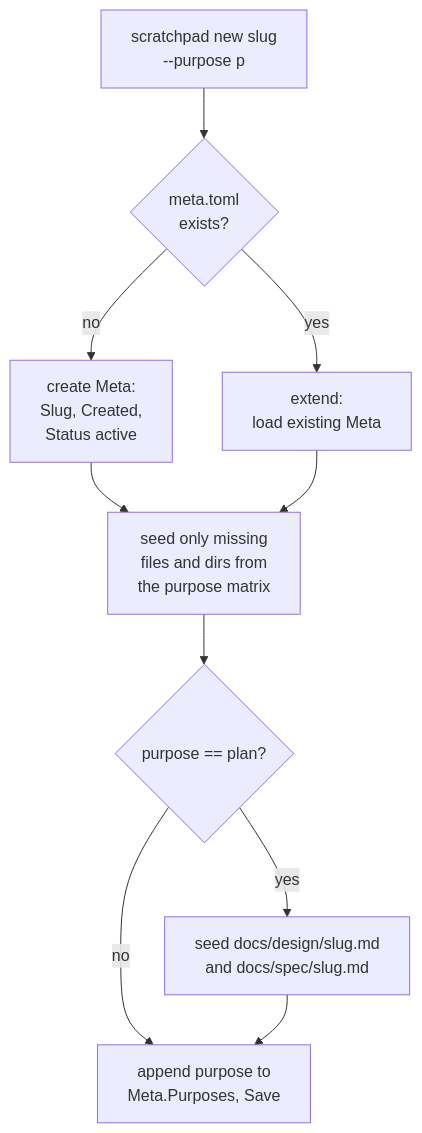
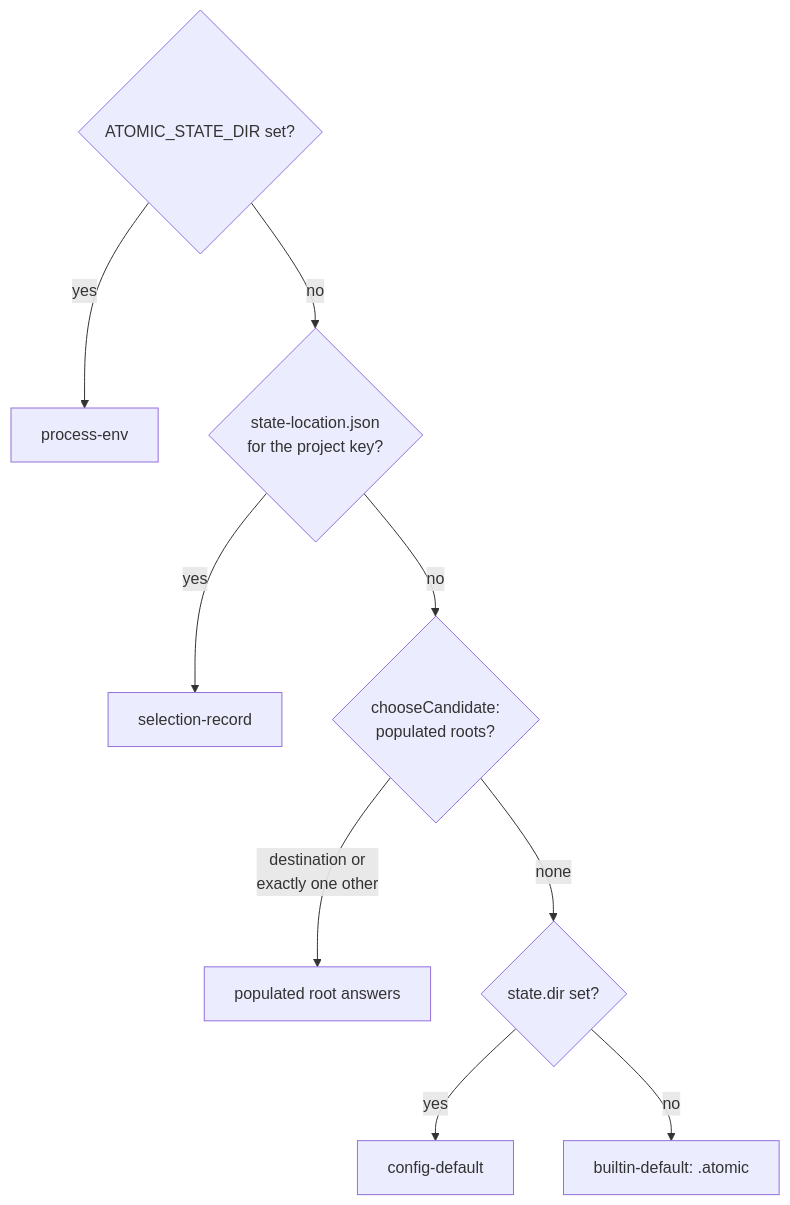
One commit to damusix/atomic-claude changed the first of 12 diagrams in docs/wiki/config.md. Above: the diagram before and after it, drawn with Mermaid. The commit also changed other lines of this file and 795 other files, not shown here.

````diff
--- a/docs/wiki/config.md
+++ b/docs/wiki/config.md
@@ -131,13 +34,12 @@
 ```mermaid
 flowchart TD
-    %% source: atomic/internal/scratchpad/bundle.go, atomic/cmd/atomic/cmd_scratchpad.go
-    N["scratchpad new slug<br/>--purpose p"] --> L{"meta.toml<br/>exists?"}
-    L -->|no| CR["create Meta:<br/>Slug, Created,<br/>Status active"]
-    L -->|"yes"| EX["extend:<br/>load existing Meta"]
-    CR --> SEED
-    EX --> SEED["seed only missing<br/>files and dirs from<br/>the purpose matrix"]
-    SEED --> PL{"purpose == plan?"}
-    PL -->|yes| DOC["seed docs/design/slug.md<br/>and docs/spec/slug.md"]
-    PL -->|no| APP
-    DOC --> APP["append purpose to<br/>Meta.Purposes, Save"]
+    %% source: atomic/internal/config/statelocation.go (resolveLadder, chooseCandidate)
+    E{"ATOMIC_STATE_DIR set?"} -->|yes| PE["process-env"]
+    E -->|no| R{"state-location.json<br/>for the project key?"}
+    R -->|yes| REC["selection-record"]
+    R -->|no| C{"chooseCandidate:<br/>populated roots?"}
+    C -->|"destination or<br/>exactly one other"| CAND["populated root answers"]
+    C -->|none| S{"state.dir set?"}
+    S -->|yes| CFG["config-default"]
+    S -->|no| DEF["builtin-default: .atomic"]
 ```
````
